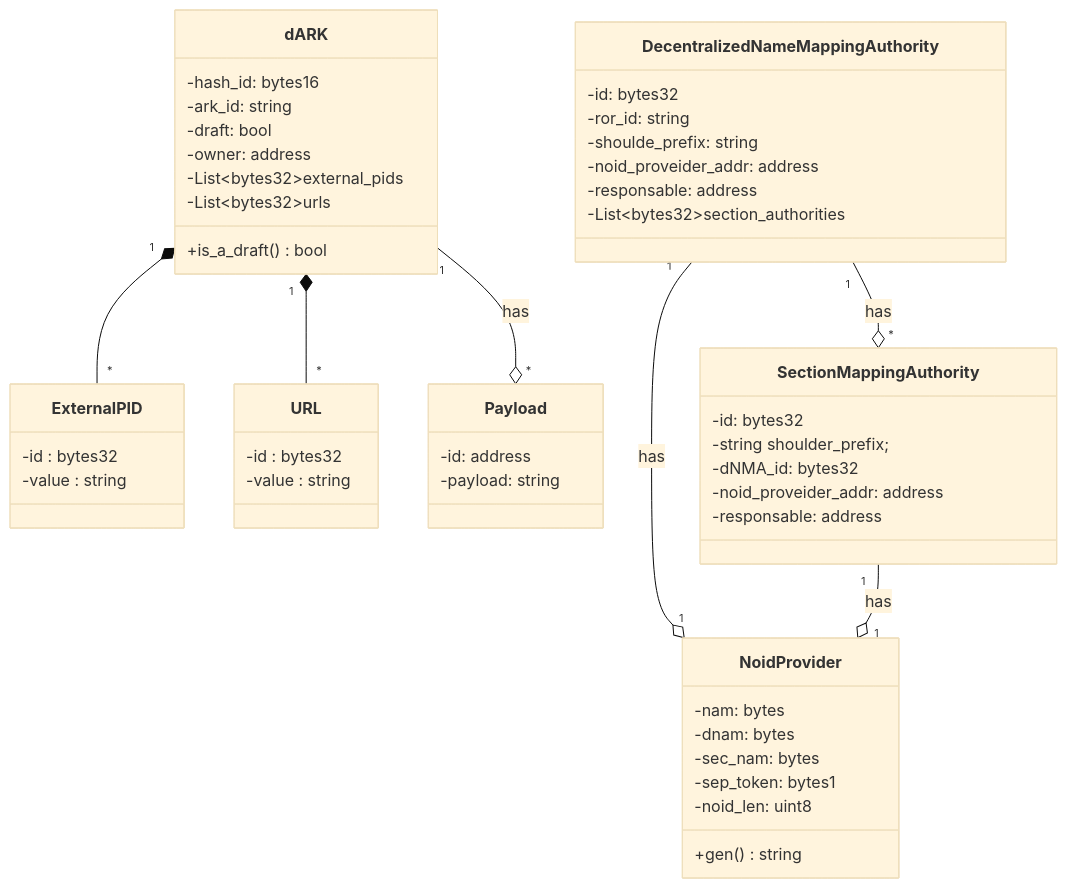
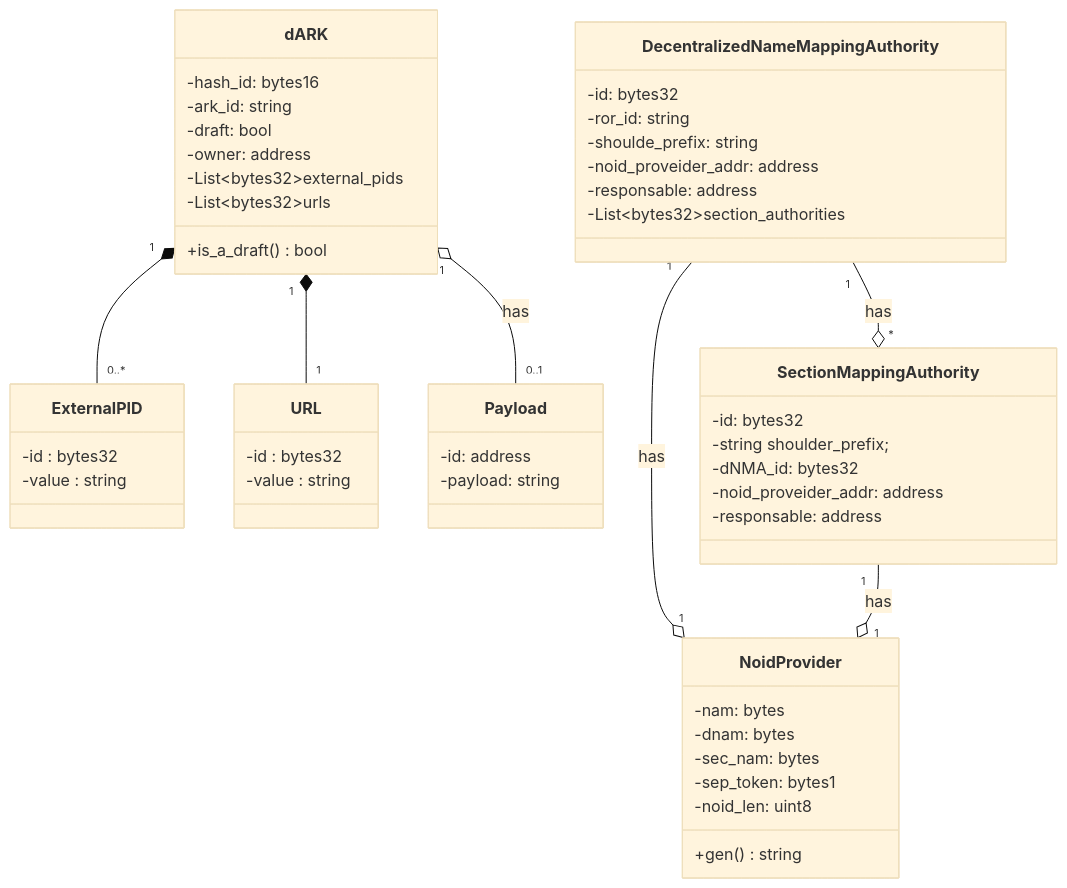
Before and after one commit to dark-pid/dARK: the diagram in docs/diagrams/dark_core_entites_class.mmd, drawn with Mermaid (base theme).

Commit message:
update in dark core diagram according to the discussion #1

```diff
--- a/docs/diagrams/dark_core_entites_class.mmd
+++ b/docs/diagrams/dark_core_entites_class.mmd
@@ -1,66 +1,66 @@
 classDiagram
 
     class dARK{
         -hash_id: bytes16
         -ark_id: string
         -draft: bool 
         -owner: address
 
         -List~bytes32~external_pids
         -List~bytes32~urls
         
         +is_a_draft() bool
     }
 
     class ExternalPID{
         -id : bytes32
         -value : string
     }
 
     class URL{
         -id : bytes32
         -value : string
     }
 
     class Payload{
         -id: address
         -payload: string
     }
 
-    dARK "1" --o "*" Payload : has
+    dARK "1" o-- "0..1" Payload : has
     
-    dARK "1" *--  "*" ExternalPID
-    dARK "1" *--  "*" URL
+    dARK "1" *--  "0..*" ExternalPID
+    dARK "1" *--  "1" URL
 
 
     class DecentralizedNameMappingAuthority{
         -id: bytes32
         -ror_id: string
         -shoulde_prefix: string
         -noid_proveider_addr: address
         -responsable: address
         -List~bytes32~section_authorities
     }
 
     class SectionMappingAuthority {
         -id: bytes32
         -string shoulder_prefix;
         -dNMA_id: bytes32
         -noid_proveider_addr: address
         -responsable: address
     }
 
     class NoidProvider{
         -nam: bytes
         -dnam: bytes
         -sec_nam: bytes
         -sep_token: bytes1
         -noid_len: uint8
 
         +gen() string
     }
 
     DecentralizedNameMappingAuthority "1" --o "1" NoidProvider: has
     SectionMappingAuthority "1" --o "1" NoidProvider: has
 
     DecentralizedNameMappingAuthority "1" --o "*" SectionMappingAuthority: has
```
